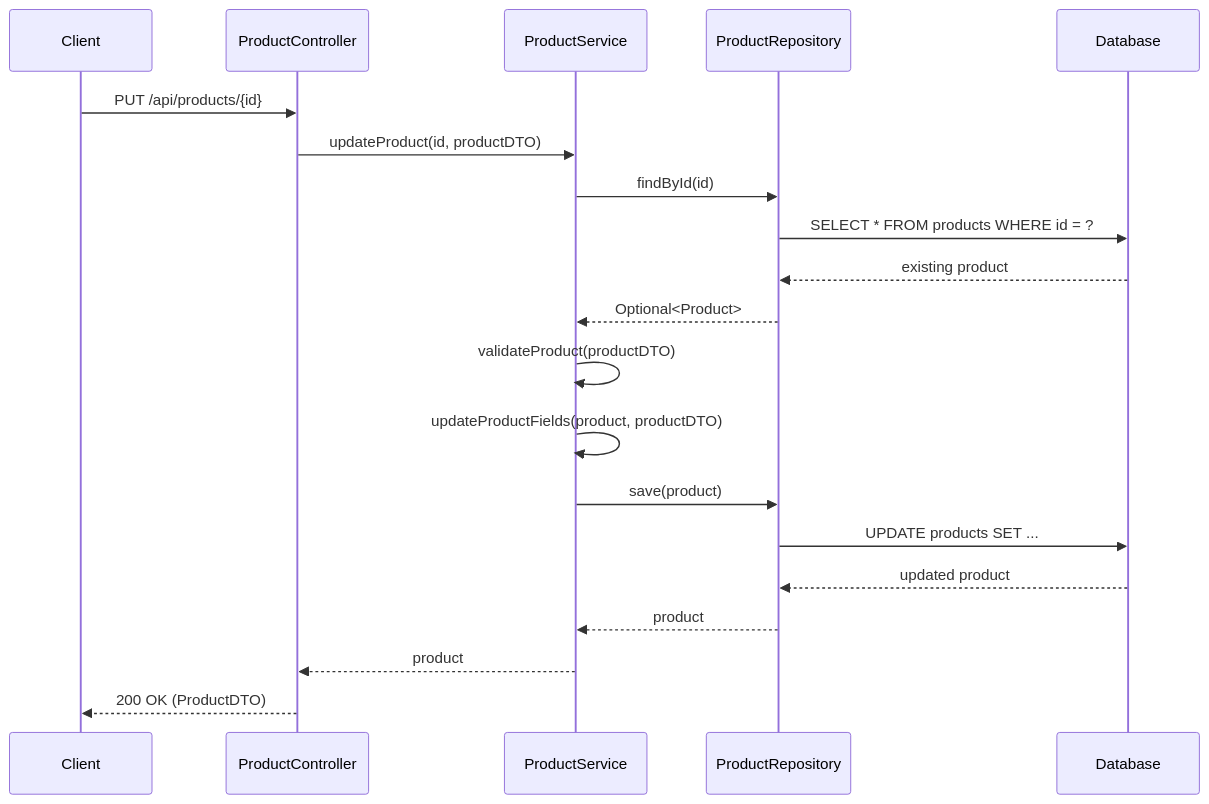
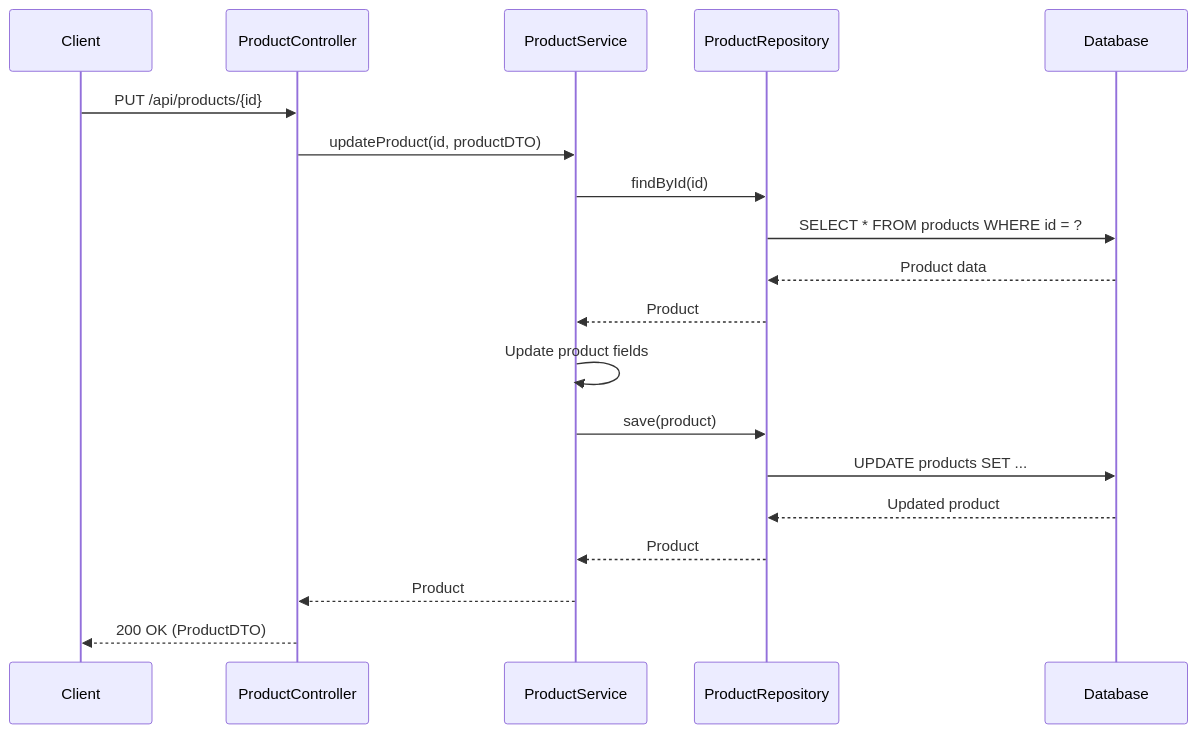
Before and after one commit to NavneetBN47/aava-ecom-demo: the fifth of 13 diagrams in docs/LLD/modified_lld.md, drawn with Mermaid. The commit also changed other lines of this file, not shown here.

````diff
--- a/docs/LLD/modified_lld.md
+++ b/docs/LLD/modified_lld.md
@@ -367,23 +323,22 @@
 ```mermaid
 sequenceDiagram
     participant Client
     participant ProductController
     participant ProductService
     participant ProductRepository
     participant Database
 
     Client->>ProductController: PUT /api/products/{id}
     ProductController->>ProductService: updateProduct(id, productDTO)
     ProductService->>ProductRepository: findById(id)
     ProductRepository->>Database: SELECT * FROM products WHERE id = ?
-    Database-->>ProductRepository: existing product
-    ProductRepository-->>ProductService: Optional<Product>
-    ProductService->>ProductService: validateProduct(productDTO)
-    ProductService->>ProductService: updateProductFields(product, productDTO)
+    Database-->>ProductRepository: Product data
+    ProductRepository-->>ProductService: Product
+    ProductService->>ProductService: Update product fields
     ProductService->>ProductRepository: save(product)
     ProductRepository->>Database: UPDATE products SET ...
-    Database-->>ProductRepository: updated product
-    ProductRepository-->>ProductService: product
-    ProductService-->>ProductController: product
+    Database-->>ProductRepository: Updated product
+    ProductRepository-->>ProductService: Product
+    ProductService-->>ProductController: Product
     ProductController-->>Client: 200 OK (ProductDTO)
 ```
````
